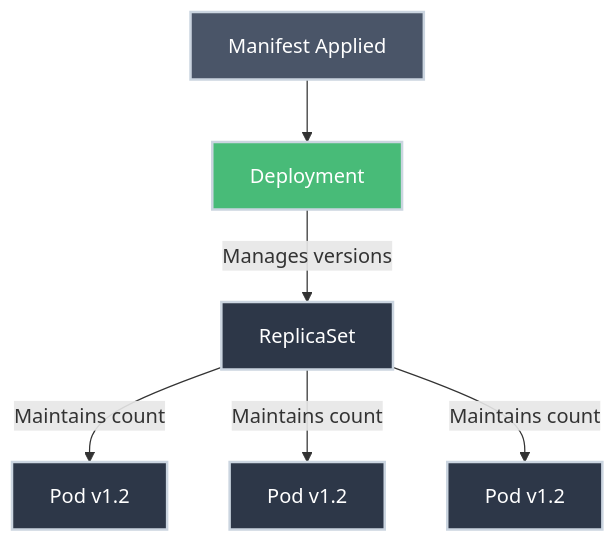
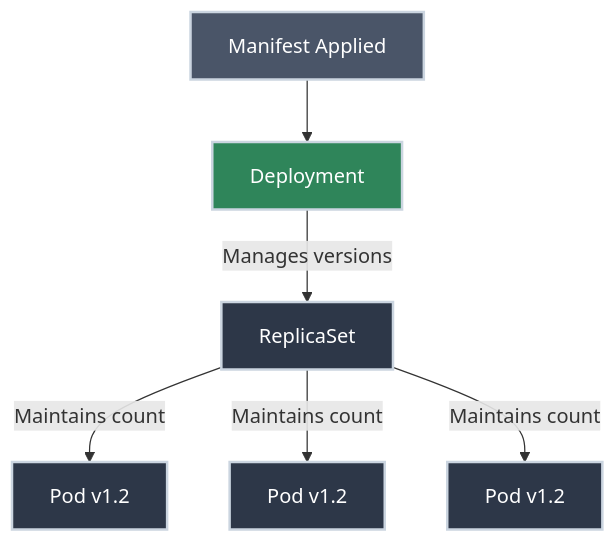
One commit to bradpenney/exploring_kubernetes changed the second of 2 diagrams in docs/essentials/deployments.md. Above: the diagram before and after it, drawn with Mermaid. The commit also changed other lines of this file and 21 other files, not shown here.

````diff
--- a/docs/essentials/deployments.md
+++ b/docs/essentials/deployments.md
@@ -70,15 +87,15 @@
 ```mermaid
 graph TD
     Applied[Manifest Applied] --> Dep[Deployment]
     Dep -- "Manages versions" --> RS[ReplicaSet]
     RS -- "Maintains count" --> P1[Pod v1.2]
     RS -- "Maintains count" --> P2[Pod v1.2]
     RS -- "Maintains count" --> P3[Pod v1.2]
 
     style Applied fill:#4a5568,stroke:#cbd5e0,stroke-width:2px,color:#fff
-    style Dep fill:#48bb78,stroke:#cbd5e0,stroke-width:2px,color:#fff
+    style Dep fill:#2f855a,stroke:#cbd5e0,stroke-width:2px,color:#fff
     style RS fill:#2d3748,stroke:#cbd5e0,stroke-width:2px,color:#fff
     style P1 fill:#2d3748,stroke:#cbd5e0,stroke-width:2px,color:#fff
     style P2 fill:#2d3748,stroke:#cbd5e0,stroke-width:2px,color:#fff
     style P3 fill:#2d3748,stroke:#cbd5e0,stroke-width:2px,color:#fff
 ```
````
